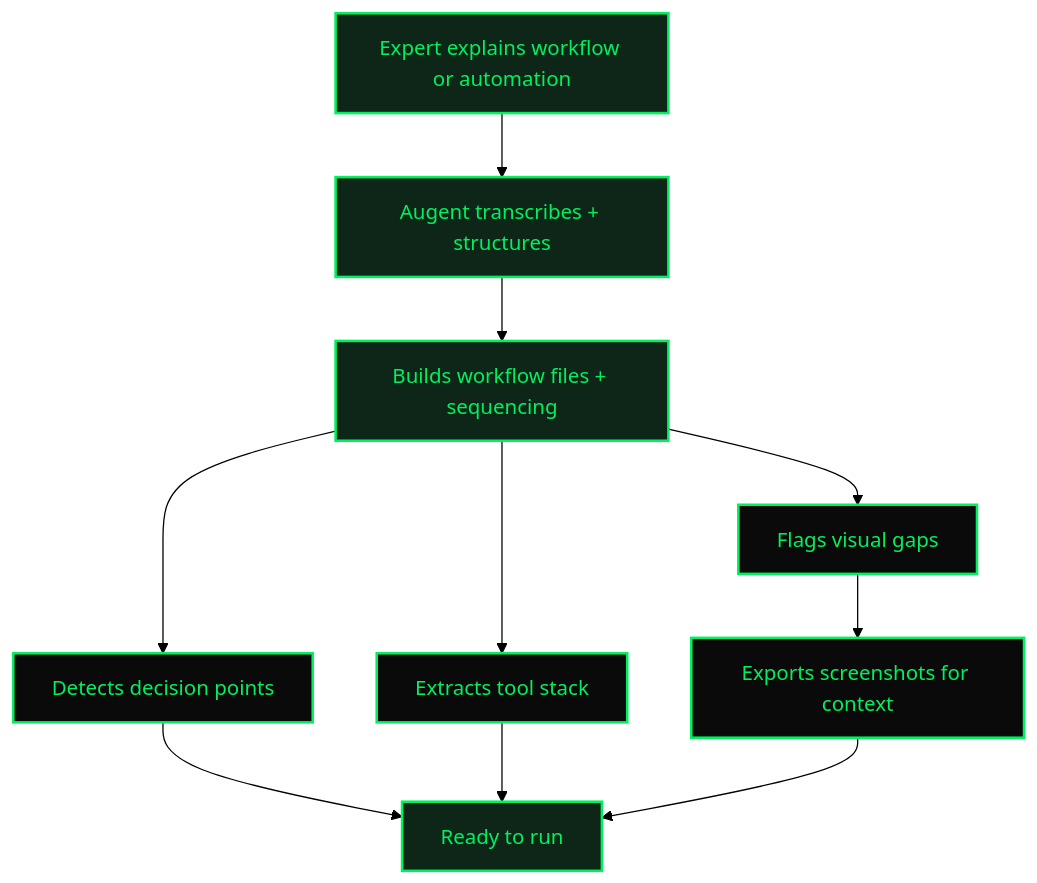
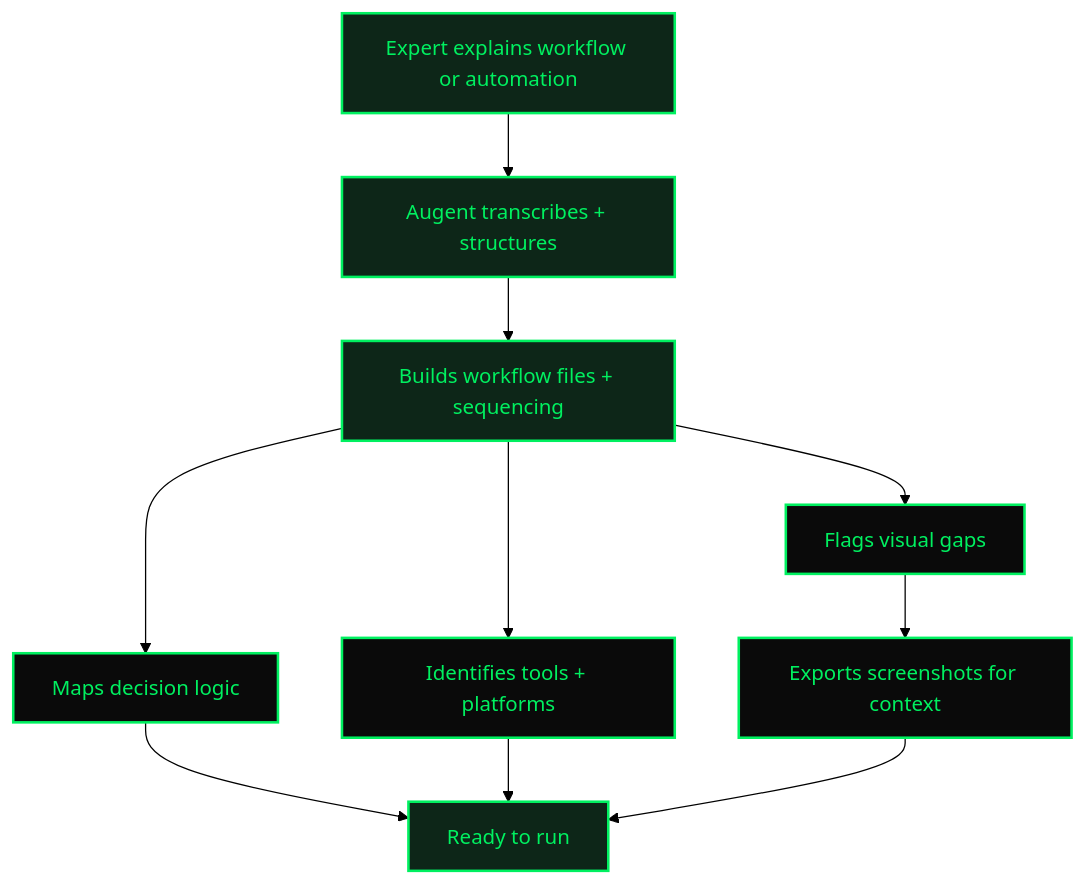
One commit to AugentDevs/Augent changed the second of 2 diagrams in README.md. Above: the diagram before and after it, drawn with Mermaid (forest theme).

Commit message:
Fix Eyes & Ears diagram node copy

````diff
--- a/README.md
+++ b/README.md
@@ -226,23 +226,23 @@
 ```mermaid
 graph TB
     A["Expert explains workflow or automation"] --> B["Augent transcribes + structures"]
     B --> C["Builds workflow files + sequencing"]
 
-    C --> D["Detects decision points"]
-    C --> E["Extracts tool stack"]
+    C --> D["Maps decision logic"]
+    C --> E["Identifies tools + platforms"]
     C --> F["Flags visual gaps"]
 
     F --> G["Exports screenshots for context"]
     D --> H["Ready to run"]
     E --> H
     G --> H
 
     style A fill:#0d2618,stroke:#00f060,color:#00f060,stroke-width:2px
     style B fill:#0d2618,stroke:#00f060,color:#00f060,stroke-width:2px
     style C fill:#0d2618,stroke:#00f060,color:#00f060,stroke-width:2px
     style D fill:#0a0a0a,stroke:#00f060,color:#00f060,stroke-width:2px
     style E fill:#0a0a0a,stroke:#00f060,color:#00f060,stroke-width:2px
     style F fill:#0a0a0a,stroke:#00f060,color:#00f060,stroke-width:2px
     style G fill:#0a0a0a,stroke:#00f060,color:#00f060,stroke-width:2px
     style H fill:#0d2618,stroke:#00f060,color:#00f060,stroke-width:2px
 ```
````
